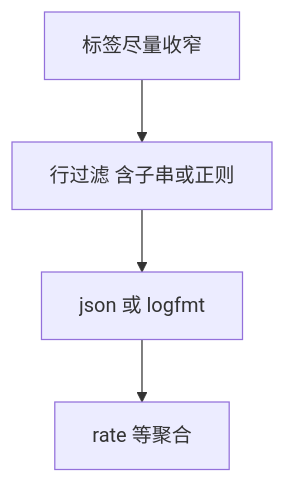
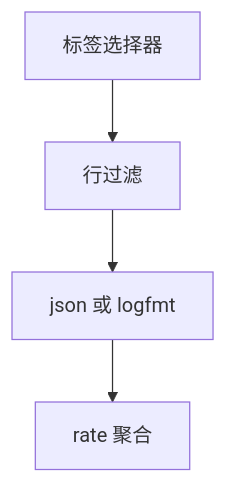
Diagram 43 of 43 in docs/efk/EFK.md (brinnatt/kubeauto), drawn with Mermaid before and after one commit. The commit also changed other lines of this file, not shown here.

````diff
--- a/docs/efk/EFK.md
+++ b/docs/efk/EFK.md
@@ -2910,6 +2770,6 @@
 ```mermaid
 flowchart TB
-  A["标签尽量收窄"] --> B["行过滤 含子串或正则"]
-  B --> C["json 或 logfmt"]
-  C --> D["rate 等聚合"]
+  A[标签选择器] --> B[行过滤]
+  B --> C[json 或 logfmt]
+  C --> D[rate 聚合]
 ```
````
